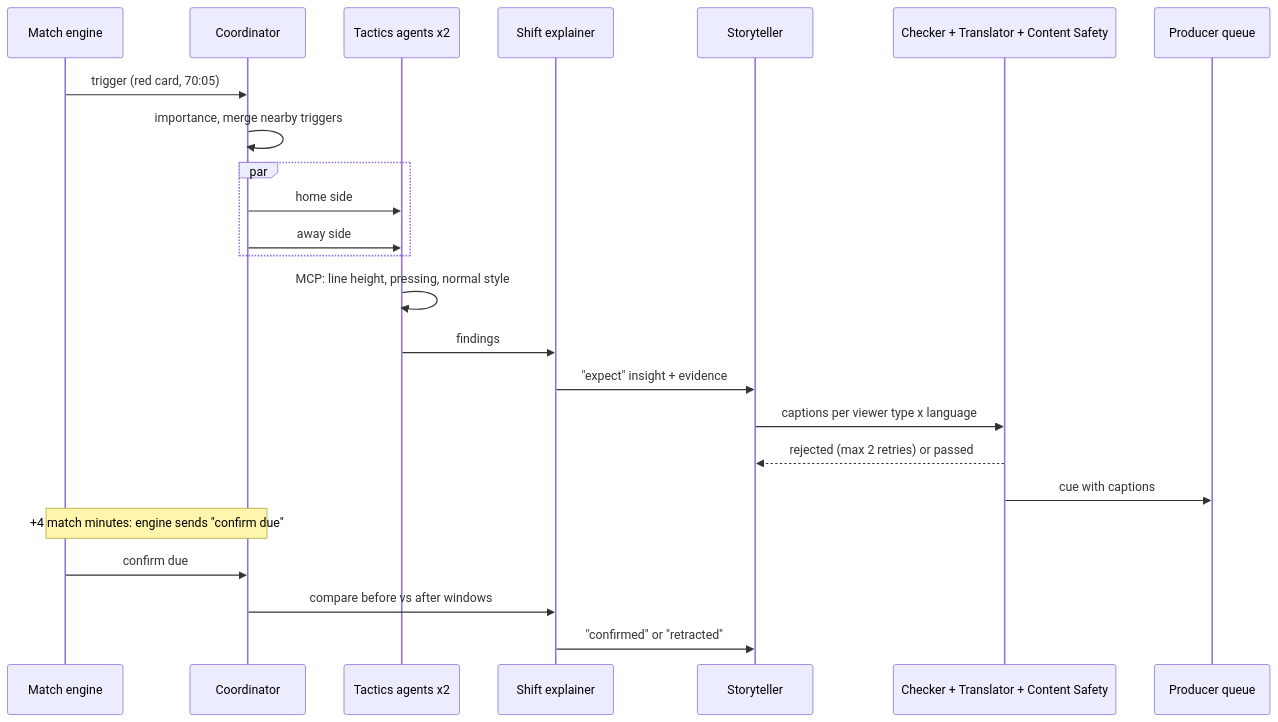
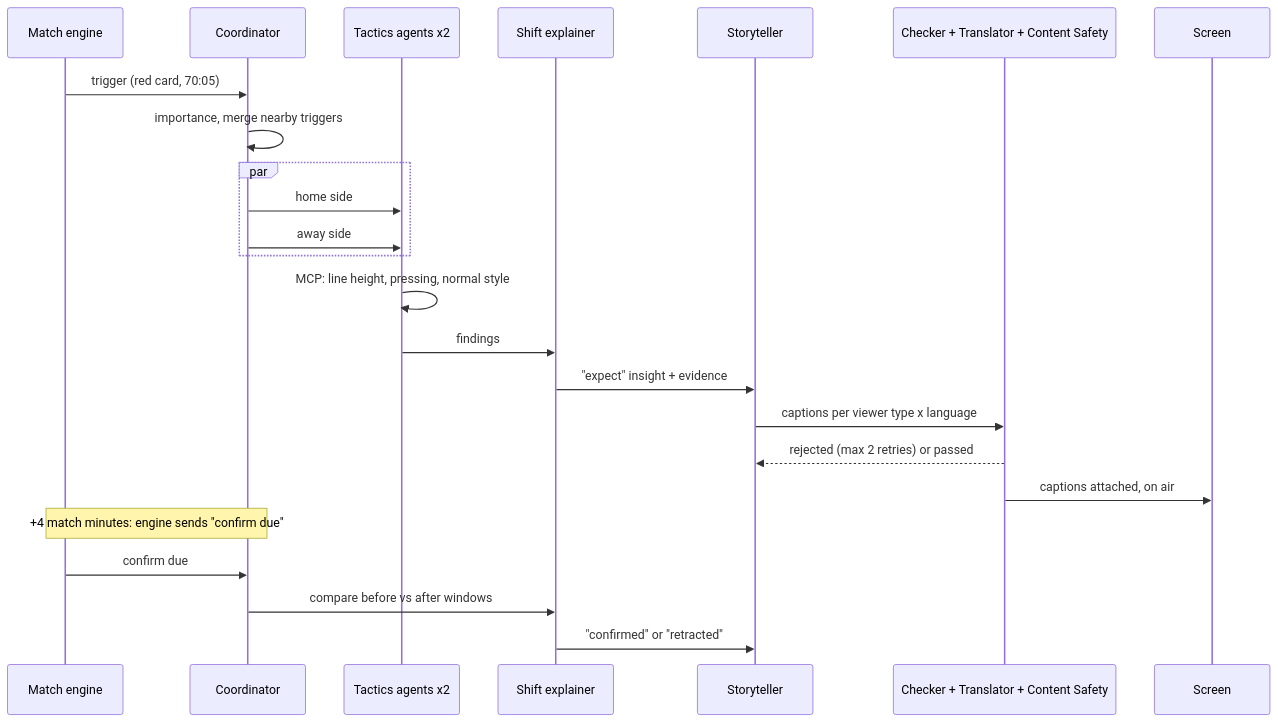
The fourth of 5 diagrams in docs/design/hld.md (PRACHIT27/offball), drawn with Mermaid before and after one commit. The commit also changed other lines of this file and 8 other files, not shown here.

````diff
--- a/docs/design/hld.md
+++ b/docs/design/hld.md
@@ -253,26 +253,26 @@
 ```mermaid
 sequenceDiagram
   participant E as Match engine
   participant C as Coordinator
   participant T as Tactics agents x2
   participant X as Shift explainer
   participant W as Storyteller
   participant K as Checker + Translator + Content Safety
-  participant Q as Producer queue
+  participant Q as Screen
   E->>C: trigger (red card, 70:05)
   C->>C: importance, merge nearby triggers
   par
     C->>T: home side
     C->>T: away side
   end
   T->>T: MCP: line height, pressing, normal style
   T->>X: findings
   X->>W: "expect" insight + evidence
   W->>K: captions per viewer type x language
   K-->>W: rejected (max 2 retries) or passed
-  K->>Q: cue with captions
+  K->>Q: captions attached, on air
   Note over E,C: +4 match minutes: engine sends "confirm due"
   E->>C: confirm due
   C->>X: compare before vs after windows
   X->>W: "confirmed" or "retracted"
 ```
````
